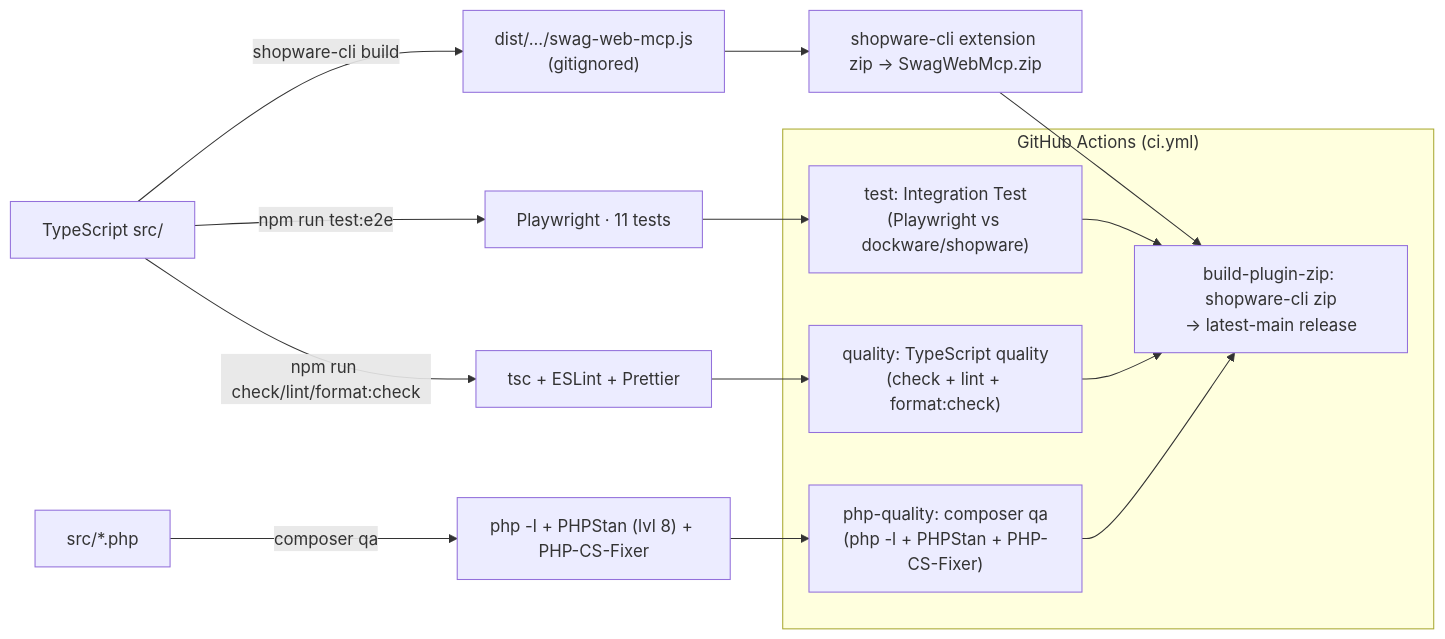
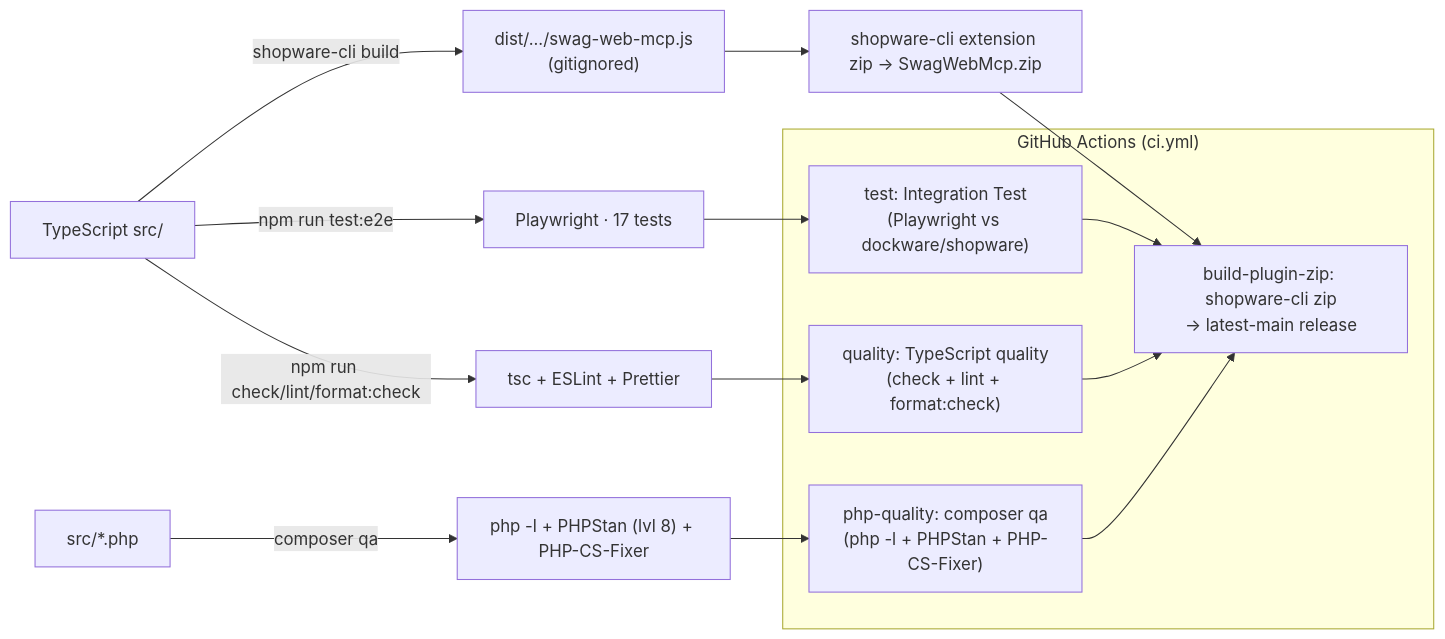
The fifth of 5 diagrams in docs/Architecture.md (agentic-commerce-lab/webmcp-plugin), drawn with Mermaid before and after one commit. The commit also changed other lines of this file and 19 other files, not shown here.

````diff
--- a/docs/Architecture.md
+++ b/docs/Architecture.md
@@ -261,21 +252,21 @@
 ```mermaid
 graph LR
     Src["TypeScript src/"] -->|shopware-cli build| Dist["dist/.../swag-web-mcp.js<br/>(gitignored)"]
     Dist --> Zip["shopware-cli extension zip → SwagWebMcp.zip"]
     Src -->|npm run check/lint/format:check| TSQA["tsc + ESLint + Prettier"]
-    Src -->|npm run test:e2e| E2E["Playwright · 11 tests"]
+    Src -->|npm run test:e2e| E2E["Playwright · 17 tests"]
     PHP["src/*.php"] -->|composer qa| Lint["php -l + PHPStan (lvl 8) + PHP-CS-Fixer"]
     subgraph CI["GitHub Actions (ci.yml)"]
         J1["test: Integration Test<br/>(Playwright vs dockware/shopware)"]
         J2["quality: TypeScript quality<br/>(check + lint + format:check)"]
         J3["php-quality: composer qa<br/>(php -l + PHPStan + PHP-CS-Fixer)"]
         J4["build-plugin-zip: shopware-cli zip<br/>→ latest-main release"]
     end
     E2E --> J1
     TSQA --> J2
     Lint --> J3
     Zip --> J4
     J1 --> J4
     J2 --> J4
     J3 --> J4
 ```
````
